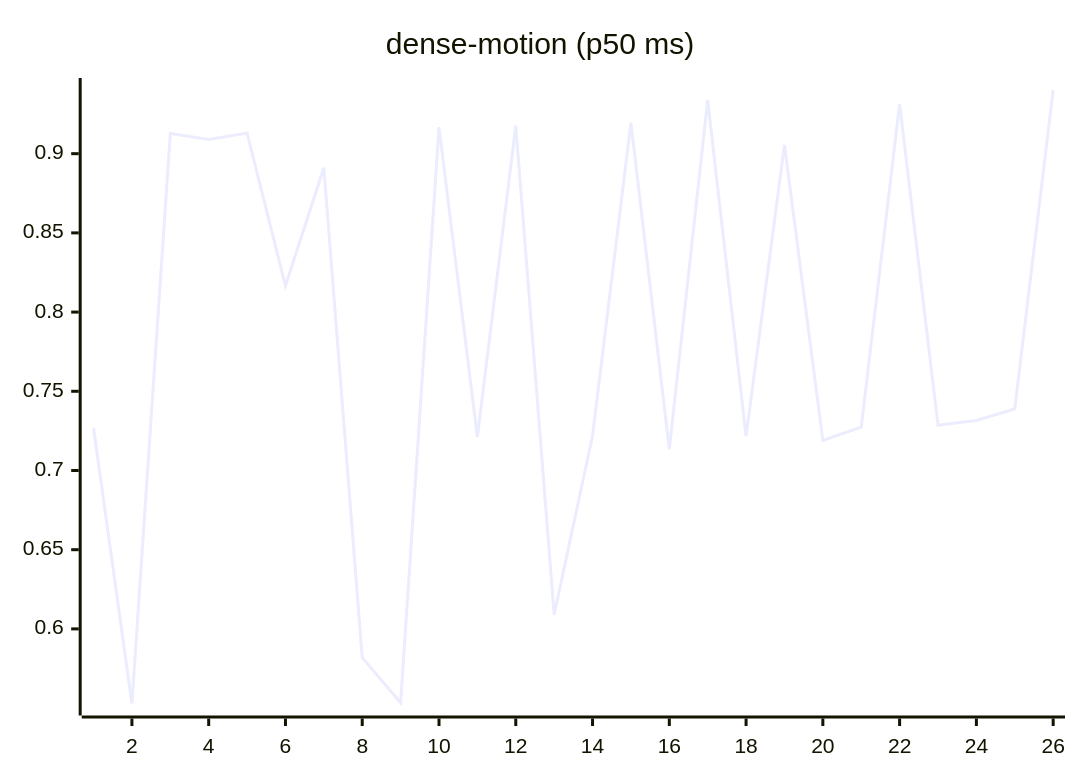
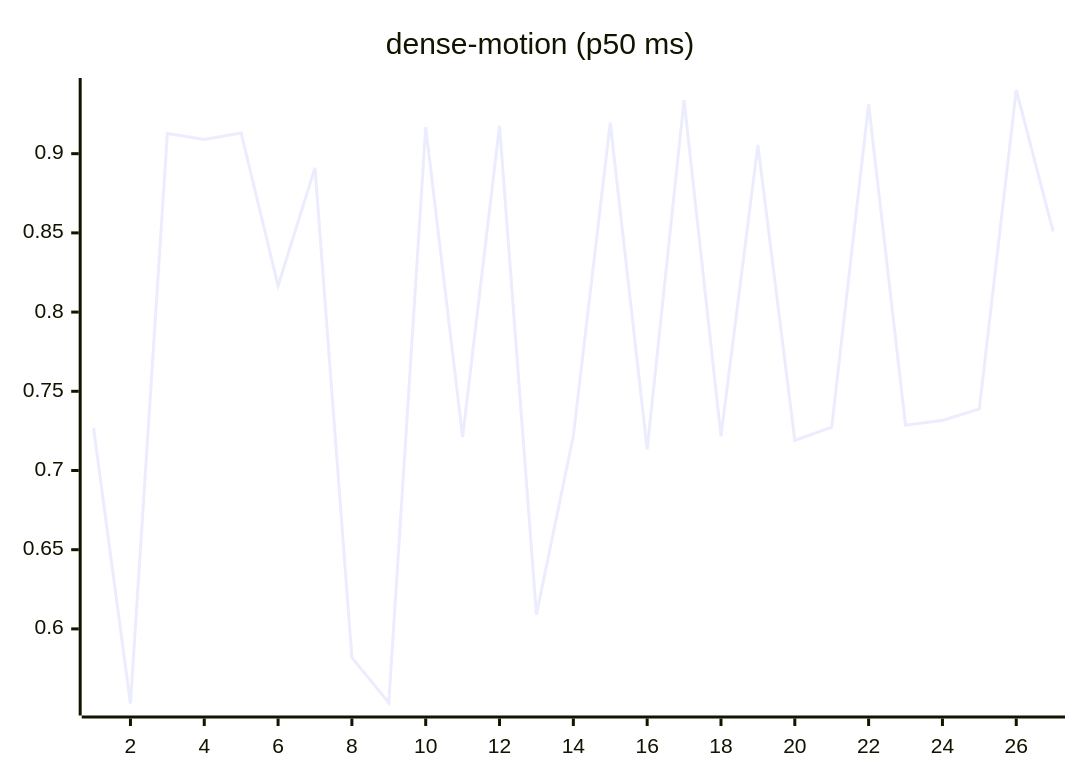
One commit to josha/Facet changed the ninth of 27 diagrams in README.md. Above: the diagram before and after it, drawn with Mermaid. The commit also changed other lines of this file and 2 other files, not shown here.

````diff
--- a/README.md
+++ b/README.md
@@ -119,6 +119,6 @@
 ```mermaid
 xychart-beta
     title "dense-motion (p50 ms)"
-    x-axis 1 --> 26
-    line [0.7269, 0.5529, 0.9128, 0.9089, 0.9130, 0.8166, 0.8911, 0.5818, 0.5534, 0.9168, 0.7211, 0.9177, 0.6090, 0.7219, 0.9196, 0.7134, 0.9338, 0.7216, 0.9055, 0.7190, 0.7274, 0.9314, 0.7286, 0.7316, 0.7389, 0.9402]
+    x-axis 1 --> 27
+    line [0.7269, 0.5529, 0.9128, 0.9089, 0.9130, 0.8166, 0.8911, 0.5818, 0.5534, 0.9168, 0.7211, 0.9177, 0.6090, 0.7219, 0.9196, 0.7134, 0.9338, 0.7216, 0.9055, 0.7190, 0.7274, 0.9314, 0.7286, 0.7316, 0.7389, 0.9402, 0.8508]
 ```
````
